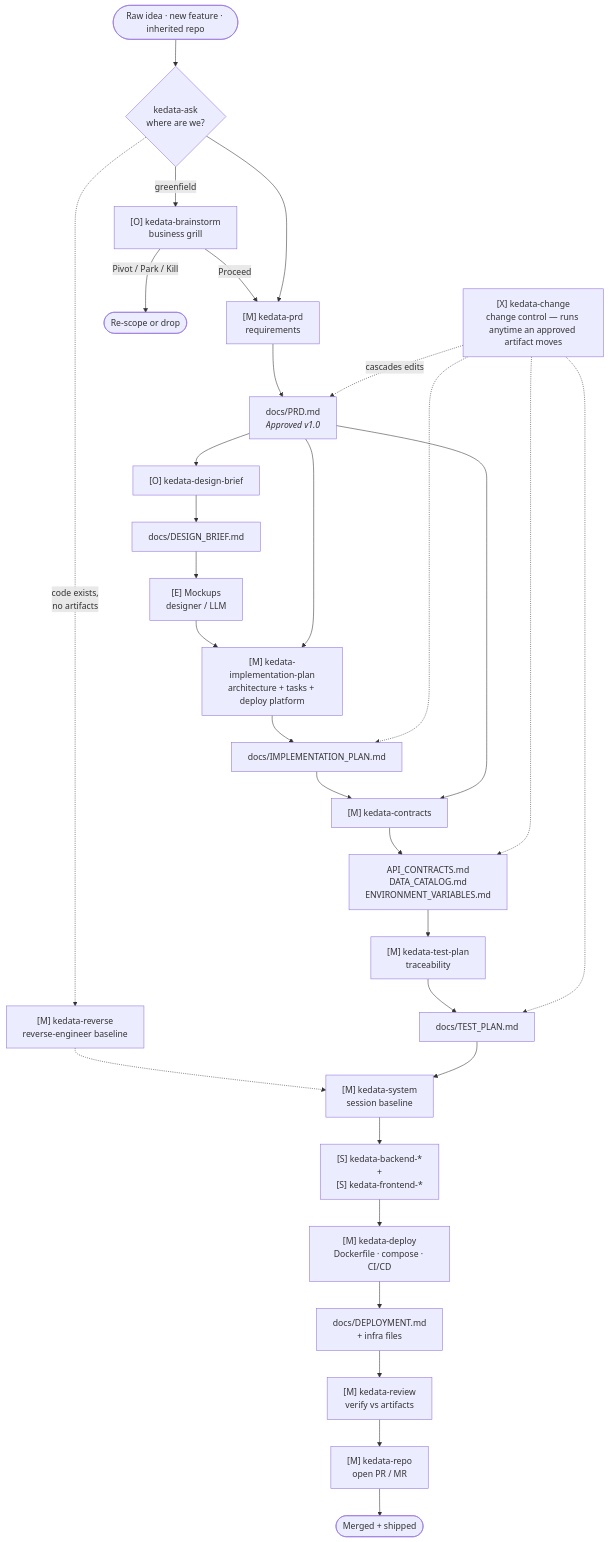
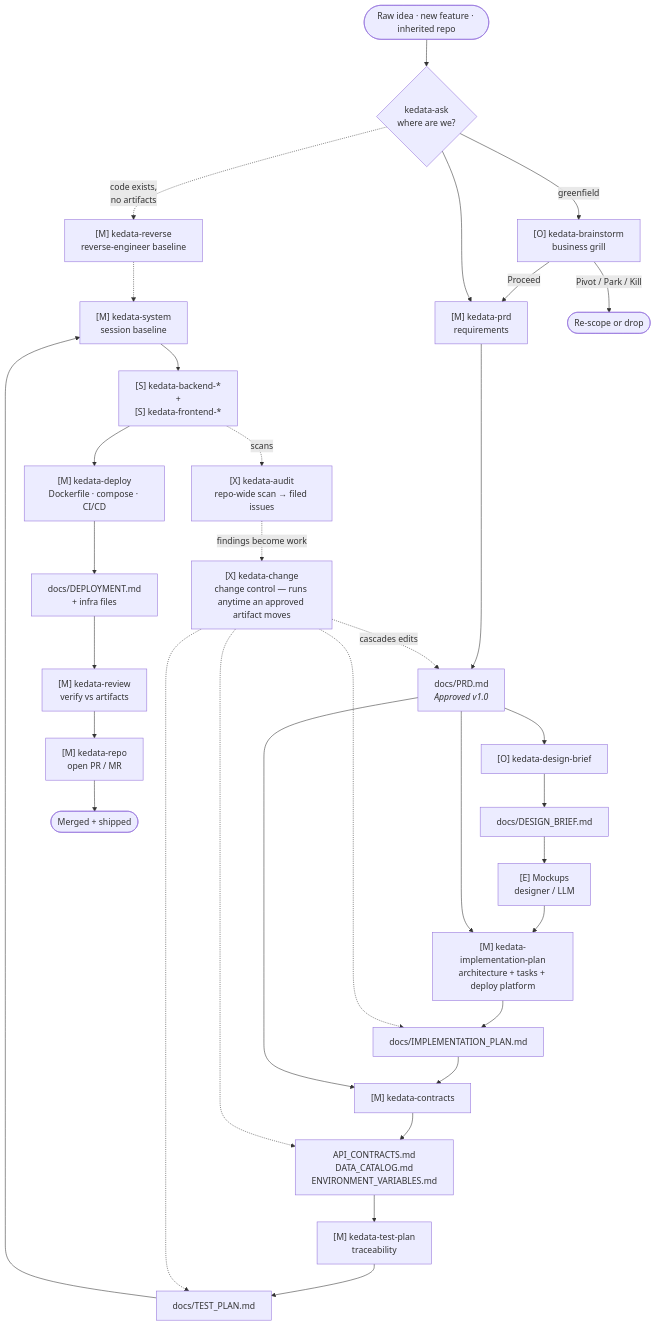
The first of 13 diagrams in PIPELINE_GUIDE.md (Kedata-Indonesia/vibeskills), drawn with Mermaid before and after one commit. The commit also changed other lines of this file, not shown here.

First line of the commit message:
docs(guide): add kedata-audit to the big-picture and artifact diagrams

````diff
--- a/PIPELINE_GUIDE.md
+++ b/PIPELINE_GUIDE.md
@@ -17,43 +17,47 @@
 ```mermaid
 flowchart TD
     START(["Raw idea · new feature · inherited repo"]) --> ASK{"kedata-ask<br/>where are we?"}
 
     ASK -.->|"code exists,<br/>no artifacts"| REV["[M] kedata-reverse<br/>reverse-engineer baseline"]
     REV -.-> SYS
 
     ASK -->|"greenfield"| BRAIN["[O] kedata-brainstorm<br/>business grill"]
     BRAIN -->|"Proceed"| PRD
     BRAIN -->|"Pivot / Park / Kill"| STOP(["Re-scope or drop"])
 
     ASK --> PRD["[M] kedata-prd<br/>requirements"]
     PRD --> PRDART["docs/PRD.md<br/><i>Approved v1.0</i>"]
 
     PRDART --> DESIGN["[O] kedata-design-brief"]
     DESIGN --> DESART["docs/DESIGN_BRIEF.md"]
     DESART --> MOCK["[E] Mockups<br/>designer / LLM"]
 
     MOCK --> PLAN
     PRDART --> PLAN["[M] kedata-implementation-plan<br/>architecture + tasks + deploy platform"]
     PLAN --> PLANART["docs/IMPLEMENTATION_PLAN.md"]
 
     PLANART --> CONTRACTS["[M] kedata-contracts"]
     PRDART --> CONTRACTS
     CONTRACTS --> CONART["API_CONTRACTS.md<br/>DATA_CATALOG.md<br/>ENVIRONMENT_VARIABLES.md"]
 
     CONART --> TEST["[M] kedata-test-plan<br/>traceability"]
     TEST --> TESTART["docs/TEST_PLAN.md"]
 
     TESTART --> SYS["[M] kedata-system<br/>session baseline"]
     SYS --> CODE["[S] kedata-backend-*<br/>+<br/>[S] kedata-frontend-*"]
     CODE --> DEPLOY["[M] kedata-deploy<br/>Dockerfile · compose · CI/CD"]
     DEPLOY --> DEPART["docs/DEPLOYMENT.md<br/>+ infra files"]
     DEPART --> REV2["[M] kedata-review<br/>verify vs artifacts"]
     REV2 --> REPO["[M] kedata-repo<br/>open PR / MR"]
     REPO --> DONE(["Merged + shipped"])
 
     CHANGE["[X] kedata-change<br/>change control — runs anytime an approved artifact moves"]
     CHANGE -.->|"cascades edits"| PRDART
     CHANGE -.-> PLANART
     CHANGE -.-> CONART
     CHANGE -.-> TESTART
+
+    AUDIT["[X] kedata-audit<br/>repo-wide scan → filed issues"]
+    CODE -.->|"scans"| AUDIT
+    AUDIT -.->|"findings become work"| CHANGE
 ```
````
